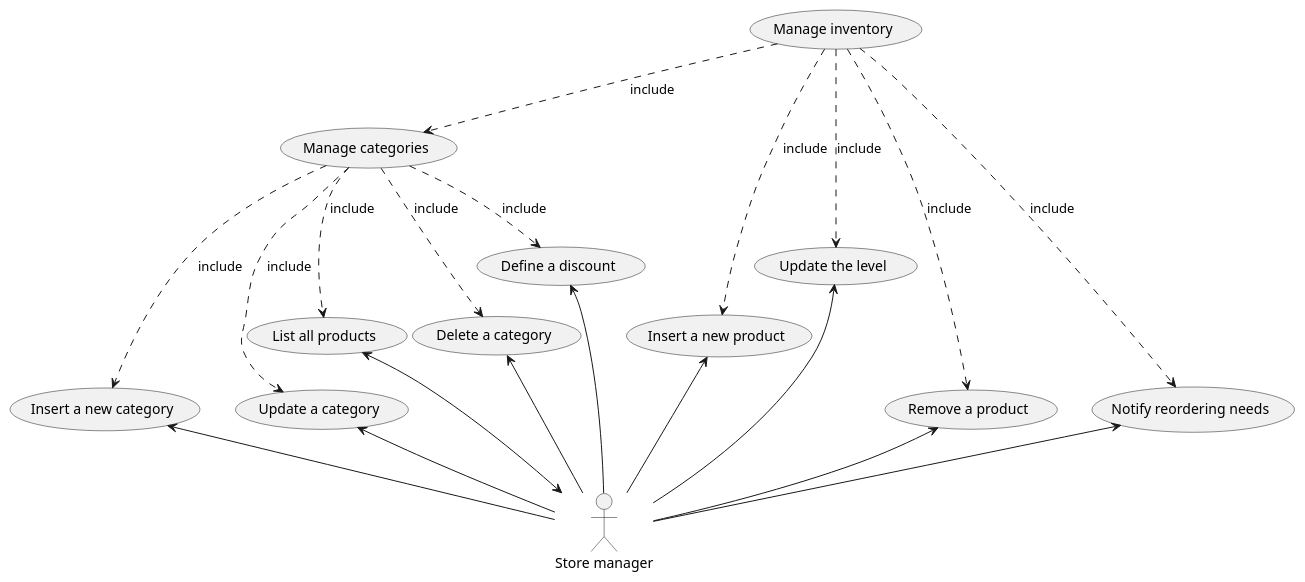
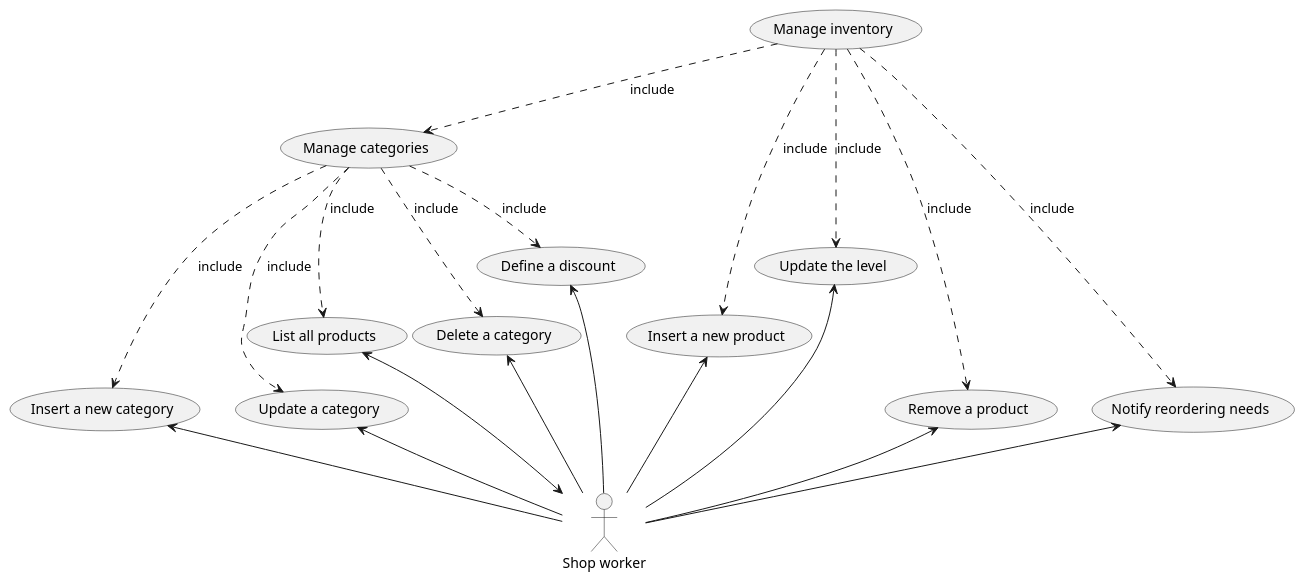
Before and after one commit to polito-se2-21-r03/se1-ezshop: the third of 8 diagrams in Deliverables/RequirementsDocument.md, drawn with PlantUML. The commit also changed other lines of this file, not shown here.

````diff
--- a/Deliverables/RequirementsDocument.md
+++ b/Deliverables/RequirementsDocument.md
@@ -208,40 +196,40 @@
 ```plantuml
-"Store manager" as StoreManager
+"Shop worker" as ShopWorker
 
 (Manage inventory) as FR2
 (Manage categories) as FR2_7
 
 (Insert a new product) as UC2
 (Update the level) as UC3
 (Remove a product) as UC4
 (Notify reordering needs) as UC5
 (Insert a new category) as UC6
 (Update a category) as UC7
 (List all products) as UC8
 (Delete a category) as UC9
 (Define a discount) as UC10
 
 /' Inventory management (UC2, UC3, UC4, UC5) '/
 FR2 ...> UC2 :include
 FR2 ...> UC3 :include
 FR2 ....> UC4 :include
 FR2 ....> UC5 :include
 
 /' Category management (UC6, UC7, UC8, UC9, UC10) '/
 FR2 ..> FR2_7 :include
 FR2_7 ...> UC6 :include
 FR2_7 ...> UC7 :include
 FR2_7 ..> UC8 :include
 FR2_7 ..> UC9 :include
 FR2_7 ..> UC10 :include
 
-UC2 <-- StoreManager
-UC3 <-- StoreManager
-UC4 <-- StoreManager
-UC5 <-- StoreManager
-UC6 <-- StoreManager
-UC7 <-- StoreManager
-UC8 <--> StoreManager
-UC9 <-- StoreManager
-UC10 <-- StoreManager
+UC2 <-- ShopWorker
+UC3 <-- ShopWorker
+UC4 <-- ShopWorker
+UC5 <-- ShopWorker
+UC6 <-- ShopWorker
+UC7 <-- ShopWorker
+UC8 <--> ShopWorker
+UC9 <-- ShopWorker
+UC10 <-- ShopWorker
 ```
````
